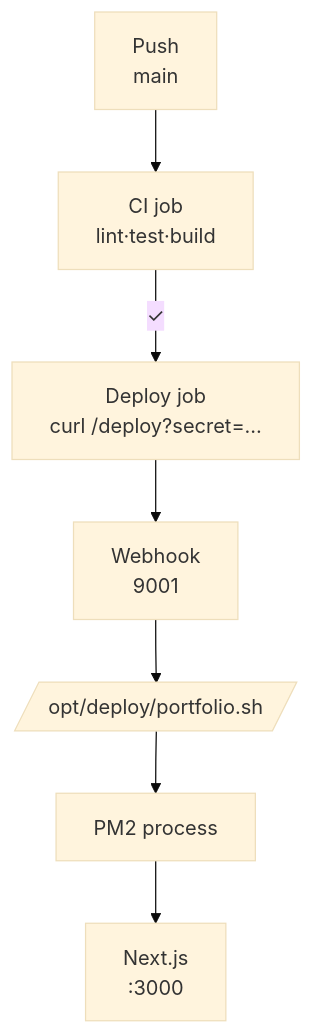
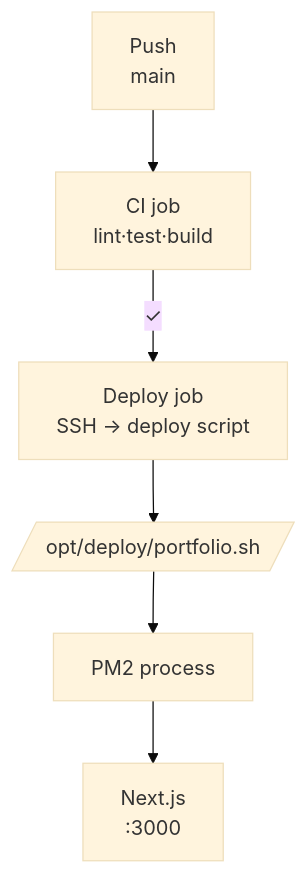
The fourth of 4 diagrams in infra-playbook.md (jake0lawrence/portfolio), drawn with Mermaid (base theme) before and after one commit. The commit also changed other lines of this file and 4 other files, not shown here.

Commit message:
chore(deploy): build and reload via ssh

````diff
--- a/infra-playbook.md
+++ b/infra-playbook.md
@@ -226,10 +226,9 @@
 ```mermaid
 %% CI → Deploy overview
 flowchart TD
   A[Push<br/>main] --> B[CI job<br/>lint·test·build]
-  B -->|✓| C[Deploy job<br/>curl /deploy?secret=…]
-  C --> D[Webhook<br/>9001]
-  D --> E[/opt/deploy/portfolio.sh/]
-  E --> PM2[PM2 process]
+  B -->|✓| C[Deploy job<br/>SSH → deploy script]
+  C --> D[/opt/deploy/portfolio.sh/]
+  D --> PM2[PM2 process]
   PM2 --> APP[Next.js<br/>:3000]
 ```
````
